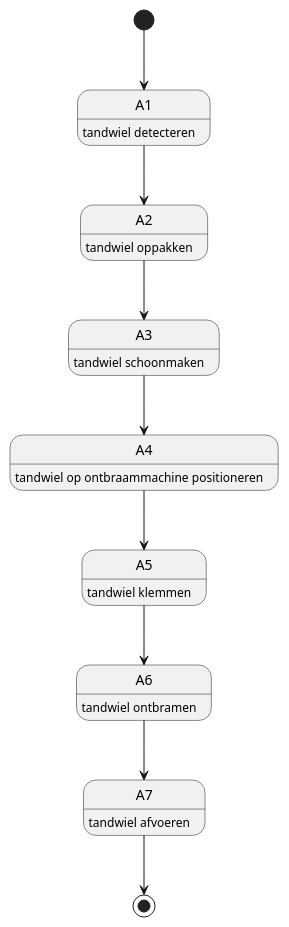
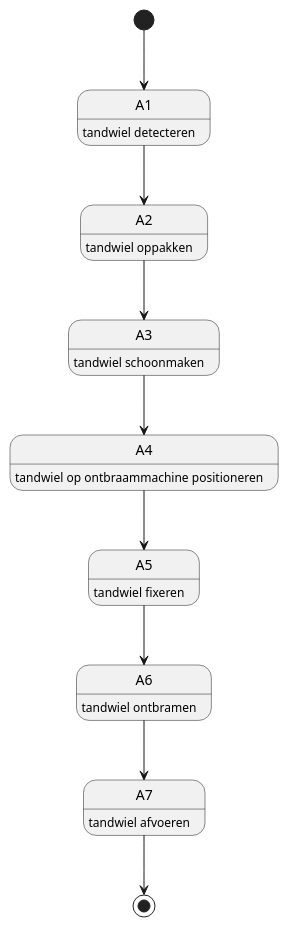
The first of 8 diagrams in src/IDEF0Scheme.md (554028/ProjectGearDeburr), drawn with PlantUML before and after one commit.

````diff
--- a/src/IDEF0Scheme.md
+++ b/src/IDEF0Scheme.md
@@ -6,21 +6,21 @@
 ```plantuml
 @startuml
 
 [*] --> A1
 A1 : tandwiel detecteren
 A1 --> A2
 A2: tandwiel oppakken
 A2 --> A3
 A3 : tandwiel schoonmaken
 A3 --> A4
 A4 : tandwiel op ontbraammachine positioneren
 A4 --> A5
-A5 : tandwiel klemmen
+A5 : tandwiel fixeren
 A5 --> A6
 A6 : tandwiel ontbramen
 A6 --> A7
 A7 : tandwiel afvoeren
 A7 --> [*]
 
 @enduml
 ```
````
